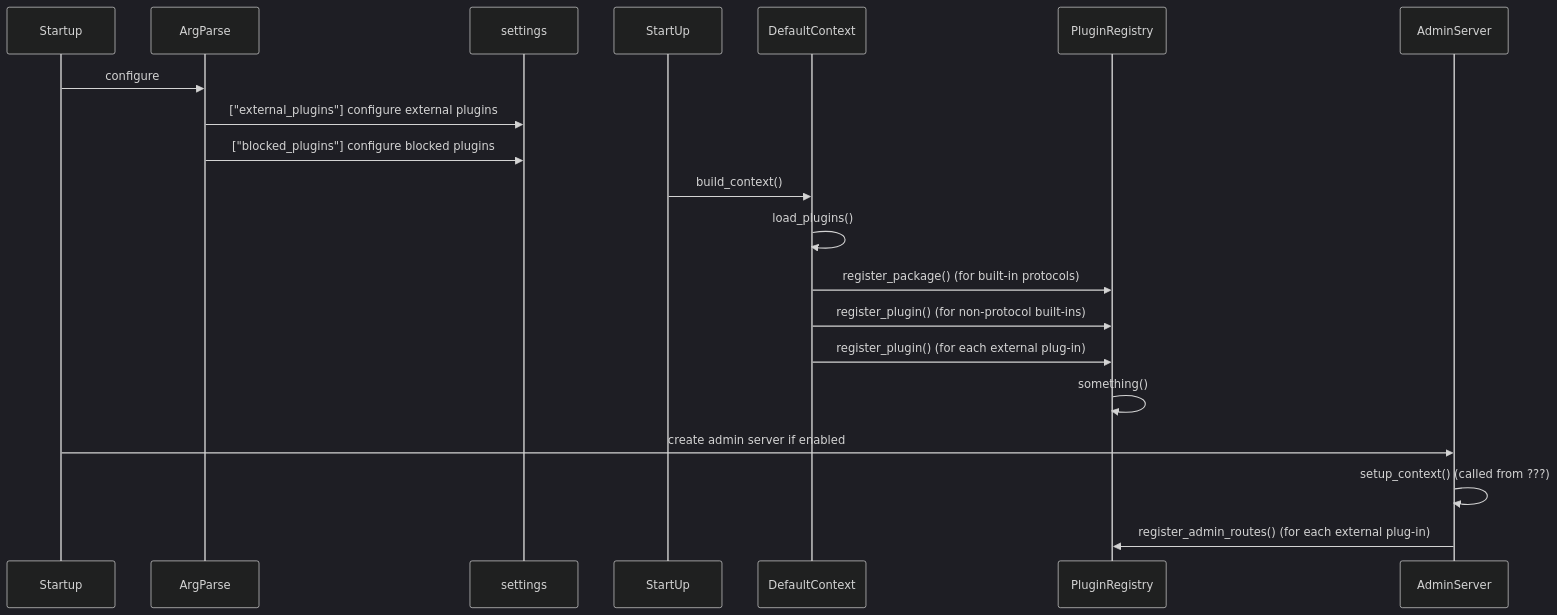
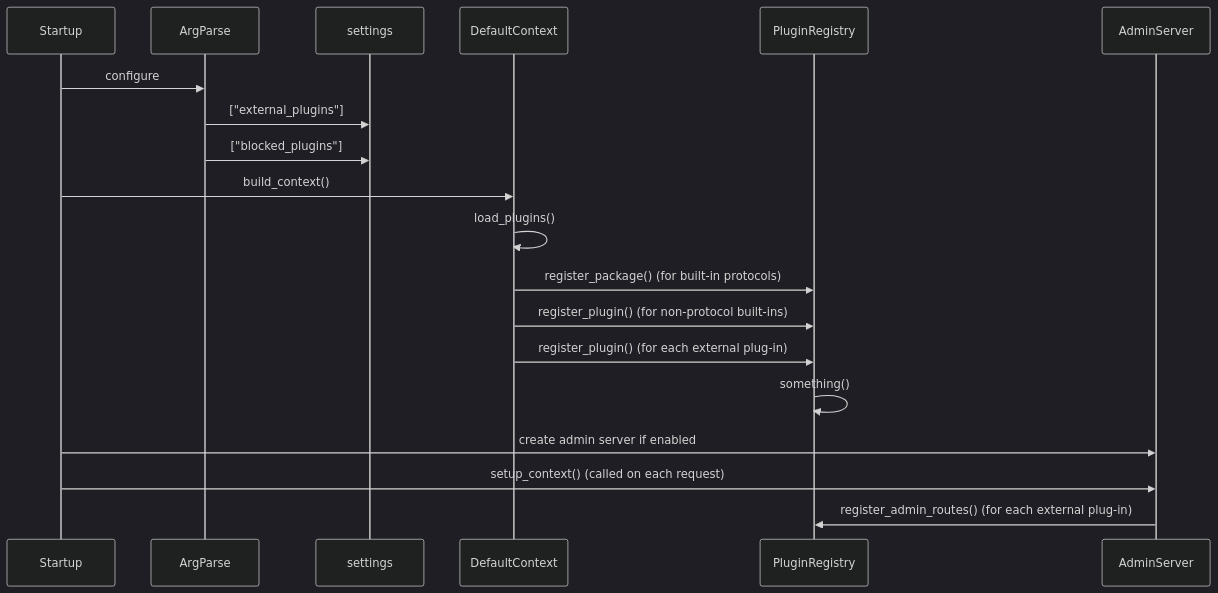
One commit to ianco/django-rest-hooks changed the diagram in README.md. Above: the diagram before and after it, drawn with Mermaid (dark theme).

Commit message:
Test diagrams

````diff
--- a/README.md
+++ b/README.md
@@ -458,15 +458,15 @@
 ```mermaid
 sequenceDiagram
     Startup->>ArgParse: configure
-    ArgParse->>settings:  ["external_plugins"] configure external plugins
-    ArgParse->>settings:  ["blocked_plugins"] configure blocked plugins
-    StartUp->>DefaultContext:  build_context()
+    ArgParse->>settings:  ["external_plugins"]
+    ArgParse->>settings:  ["blocked_plugins"]
+    Startup->>DefaultContext:  build_context()
     DefaultContext->>DefaultContext:  load_plugins()
     DefaultContext->>PluginRegistry:  register_package() (for built-in protocols)
     DefaultContext->>PluginRegistry:  register_plugin() (for non-protocol built-ins)
     DefaultContext->>PluginRegistry:  register_plugin() (for each external plug-in)
     PluginRegistry->>PluginRegistry:  something()
     Startup->>AdminServer:  create admin server if enabled
-    AdminServer->>AdminServer:  setup_context() (called from ???)
+    Startup->>AdminServer:  setup_context() (called on each request)
     AdminServer->>PluginRegistry:  register_admin_routes() (for each external plug-in)
 ```
````
